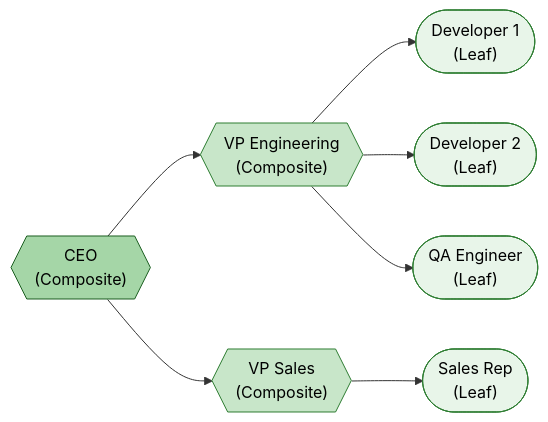
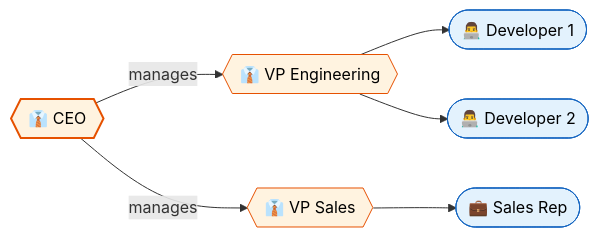
One commit to saivamsikaruturi/vamsilabs-dev-notes-main changed the fourth of 4 diagrams in docs/designpatterns/structuralDesignPatterns/CompositeDesignPattern.md. Above: the diagram before and after it, drawn with Mermaid. The commit also changed other lines of this file and 42 other files, not shown here.

````diff
--- a/docs/designpatterns/structuralDesignPatterns/CompositeDesignPattern.md
+++ b/docs/designpatterns/structuralDesignPatterns/CompositeDesignPattern.md
@@ -86,25 +79,15 @@
 ```mermaid
 flowchart LR
-    CEO{{"CEO\n(Composite)"}}
-    VP1{{"VP Engineering\n(Composite)"}}
-    VP2{{"VP Sales\n(Composite)"}}
-    Dev1(["Developer 1\n(Leaf)"])
-    Dev2(["Developer 2\n(Leaf)"])
-    QA(["QA Engineer\n(Leaf)"])
-    Sales1(["Sales Rep\n(Leaf)"])
+    CEO{{"👔 CEO"}} -->|"manages"| VP1{{"👔 VP Engineering"}}
+    CEO -->|"manages"| VP2{{"👔 VP Sales"}}
+    VP1 --> Dev1(["👨‍💻 Developer 1"])
+    VP1 --> Dev2(["👨‍💻 Developer 2"])
+    VP2 --> Sales1(["💼 Sales Rep"])
 
-    CEO --> VP1
-    CEO --> VP2
-    VP1 --> Dev1
-    VP1 --> Dev2
-    VP1 --> QA
-    VP2 --> Sales1
-
-    style CEO fill:#a5d6a7,stroke:#1b5e20,color:#000
-    style VP1 fill:#c8e6c9,stroke:#2e7d32,color:#000
-    style VP2 fill:#c8e6c9,stroke:#2e7d32,color:#000
-    style Dev1 fill:#e8f5e9,stroke:#2e7d32,color:#000
-    style Dev2 fill:#e8f5e9,stroke:#2e7d32,color:#000
-    style QA fill:#e8f5e9,stroke:#2e7d32,color:#000
-    style Sales1 fill:#e8f5e9,stroke:#2e7d32,color:#000
+    style CEO fill:#FFF3E0,stroke:#E65100,stroke-width:2px,color:#000
+    style VP1 fill:#FFF3E0,stroke:#E65100,color:#000
+    style VP2 fill:#FFF3E0,stroke:#E65100,color:#000
+    style Dev1 fill:#E3F2FD,stroke:#1565C0,color:#000
+    style Dev2 fill:#E3F2FD,stroke:#1565C0,color:#000
+    style Sales1 fill:#E3F2FD,stroke:#1565C0,color:#000
 ```
````
